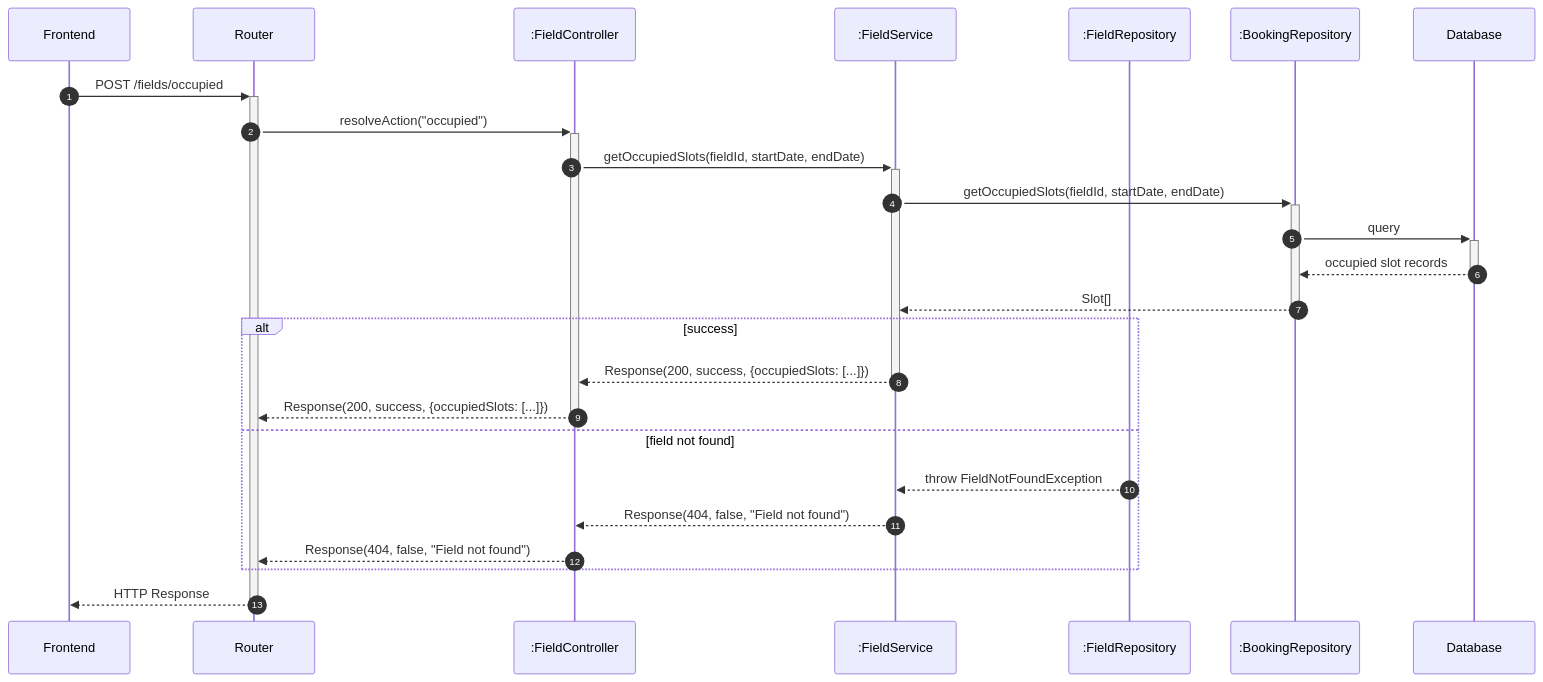
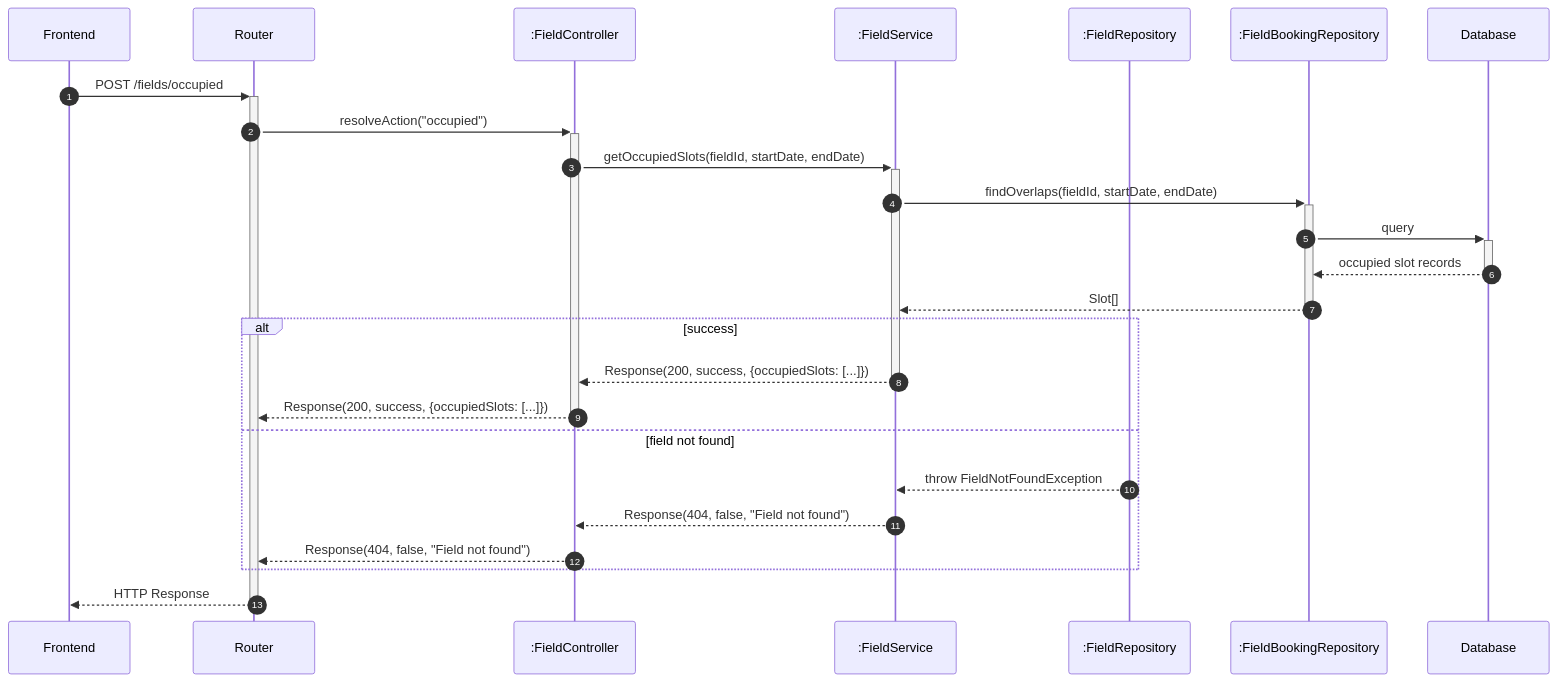
The fourth of 4 diagrams in consegna docu/diagrammi/UC03.md (mb4dev/progetto-prova), drawn with Mermaid before and after one commit. The commit also changed other lines of this file and 5 other files, not shown here.

````diff
--- a/consegna docu/diagrammi/UC03.md
+++ b/consegna docu/diagrammi/UC03.md
@@ -135,31 +135,31 @@
 ```mermaid
 sequenceDiagram
     autonumber
 
     participant frontend as Frontend
     participant router as Router
     participant controller as :FieldController
     participant service as :FieldService
     participant fieldRepo as :FieldRepository
-    participant bookingRepo as :BookingRepository
+    participant bookingRepo as :FieldBookingRepository
     participant db as Database
 
     frontend ->>+ router: POST /fields/occupied
     router ->>+ controller: resolveAction("occupied")
     controller ->>+ service: getOccupiedSlots(fieldId, startDate, endDate)
-    service ->>+ bookingRepo: getOccupiedSlots(fieldId, startDate, endDate)
+    service ->>+ bookingRepo: findOverlaps(fieldId, startDate, endDate)
     bookingRepo ->>+ db: query
     db -->>- bookingRepo: occupied slot records
     bookingRepo -->>- service: Slot[]
     
     alt success
         service -->>- controller: Response(200, success, {occupiedSlots: [...]})
         controller -->>- router: Response(200, success, {occupiedSlots: [...]})
     else field not found
         fieldRepo -->> service: throw FieldNotFoundException
         service -->> controller: Response(404, false, "Field not found")
         controller -->> router: Response(404, false, "Field not found")
     end
     
     router -->>- frontend: HTTP Response
 ```
````
